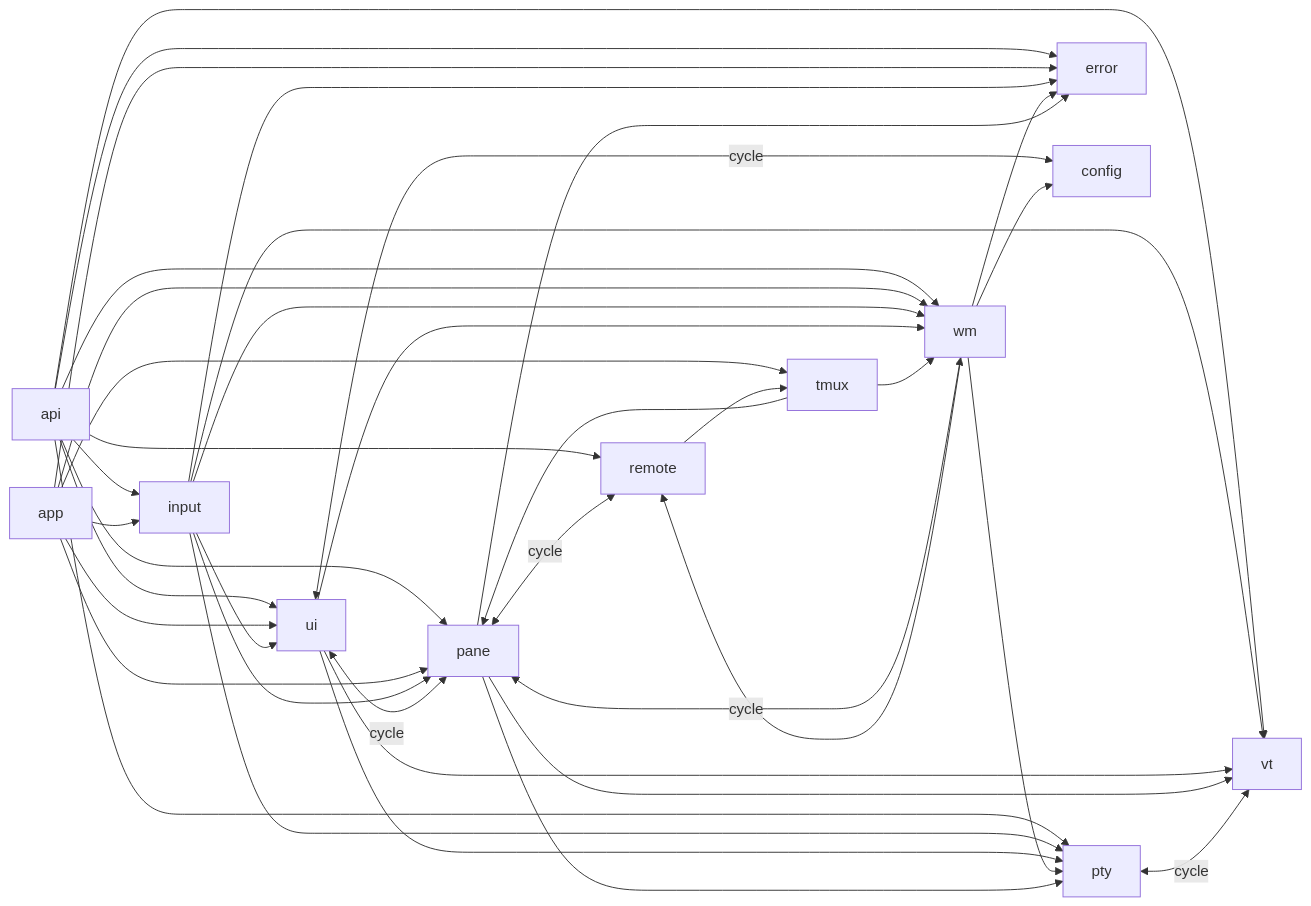
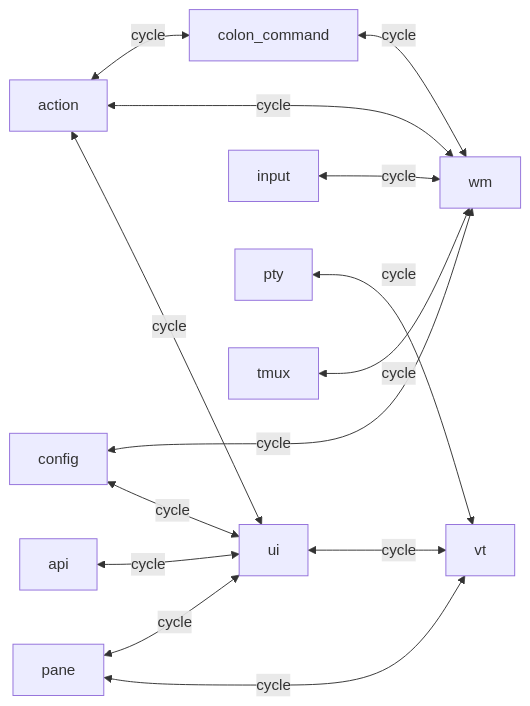
Before and after one commit to bsommers/bilterm: the third of 3 diagrams in .planning/reviews/ARCHITECTURE_REVIEW_PLAN.md, drawn with Mermaid. The commit also changed other lines of this file and 23 other files, not shown here.

````diff
--- a/.planning/reviews/ARCHITECTURE_REVIEW_PLAN.md
+++ b/.planning/reviews/ARCHITECTURE_REVIEW_PLAN.md
@@ -238,16 +191,16 @@
 ```mermaid
 flowchart LR
-    api --> pane & wm & input & ui & vt & pty & remote & error
-    app --> wm & pane & input & ui & tmux & error
-    input --> pane & wm & ui & vt & pty & error
-    ui <-->|cycle| pane
-    ui <-->|cycle| config
-    ui --> wm & vt & pty
-    wm <-->|cycle| pane
-    wm --> pty & remote & config & error
-    pane <-->|cycle| remote
-    pane --> vt & pty & error
-    pty <-->|cycle| vt
-    remote --> tmux
-    tmux --> pane & wm
+    action <-->|"cycle"| colon_command
+    action <-->|"cycle"| wm
+    action <-->|"cycle"| ui
+    api <-->|"cycle"| ui
+    colon_command <-->|"cycle"| wm
+    config <-->|"cycle"| wm
+    config <-->|"cycle"| ui
+    input <-->|"cycle"| wm
+    pane <-->|"cycle"| ui
+    pane <-->|"cycle"| vt
+    pty <-->|"cycle"| vt
+    tmux <-->|"cycle"| wm
+    ui <-->|"cycle"| vt
 ```
````
